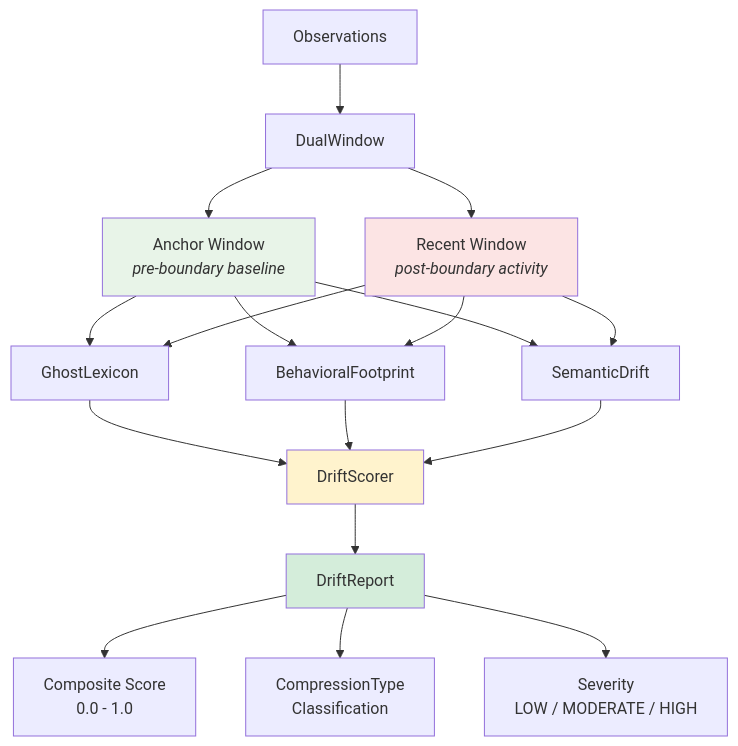
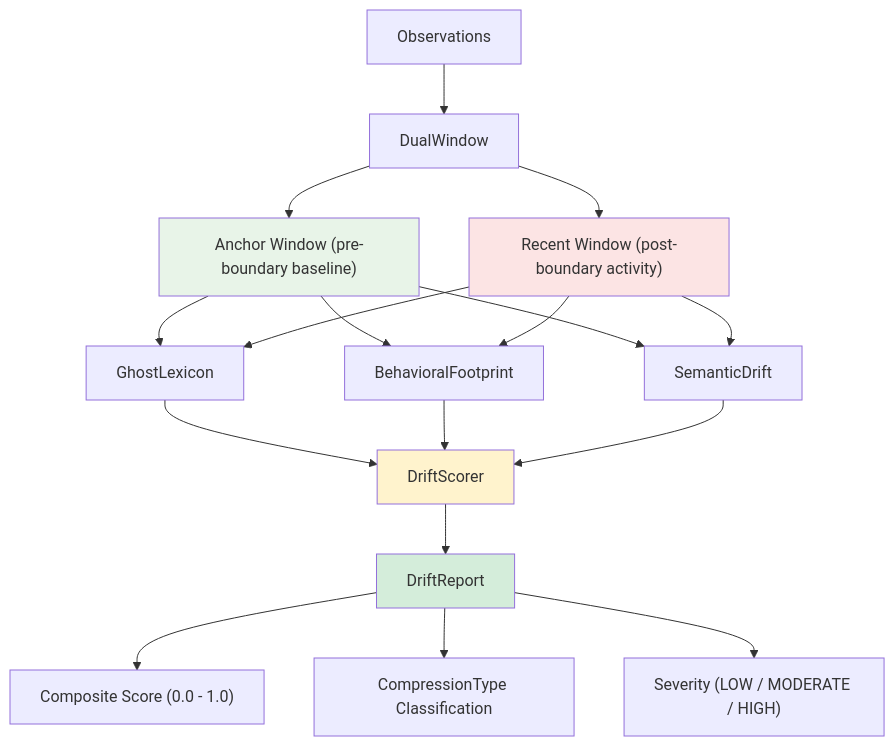
One commit to elementalcollision/drift-monitor changed the first of 3 diagrams in README.md. Above: the diagram before and after it, drawn with Mermaid. The commit also changed other lines of this file, not shown here.

First line of the commit message:
Fix Mermaid diagrams for GitHub rendering

````diff
--- a/README.md
+++ b/README.md
@@ -15,27 +15,27 @@
 ```mermaid
 graph TD
     A[Observations] --> B[DualWindow]
-    B --> C[Anchor Window<br/><i>pre-boundary baseline</i>]
-    B --> D[Recent Window<br/><i>post-boundary activity</i>]
+    B --> C["Anchor Window (pre-boundary baseline)"]
+    B --> D["Recent Window (post-boundary activity)"]
 
     C --> E[GhostLexicon]
     C --> F[BehavioralFootprint]
     C --> G[SemanticDrift]
     D --> E
     D --> F
     D --> G
 
     E --> H[DriftScorer]
     F --> H
     G --> H
 
     H --> I[DriftReport]
-    I --> J[Composite Score<br/>0.0 - 1.0]
-    I --> K[CompressionType<br/>Classification]
-    I --> L[Severity<br/>LOW / MODERATE / HIGH]
+    I --> J["Composite Score (0.0 - 1.0)"]
+    I --> K[CompressionType Classification]
+    I --> L["Severity (LOW / MODERATE / HIGH)"]
 
     style C fill:#e8f4e8
     style D fill:#fce4e4
     style H fill:#fff3cd
     style I fill:#d4edda
 ```
````
